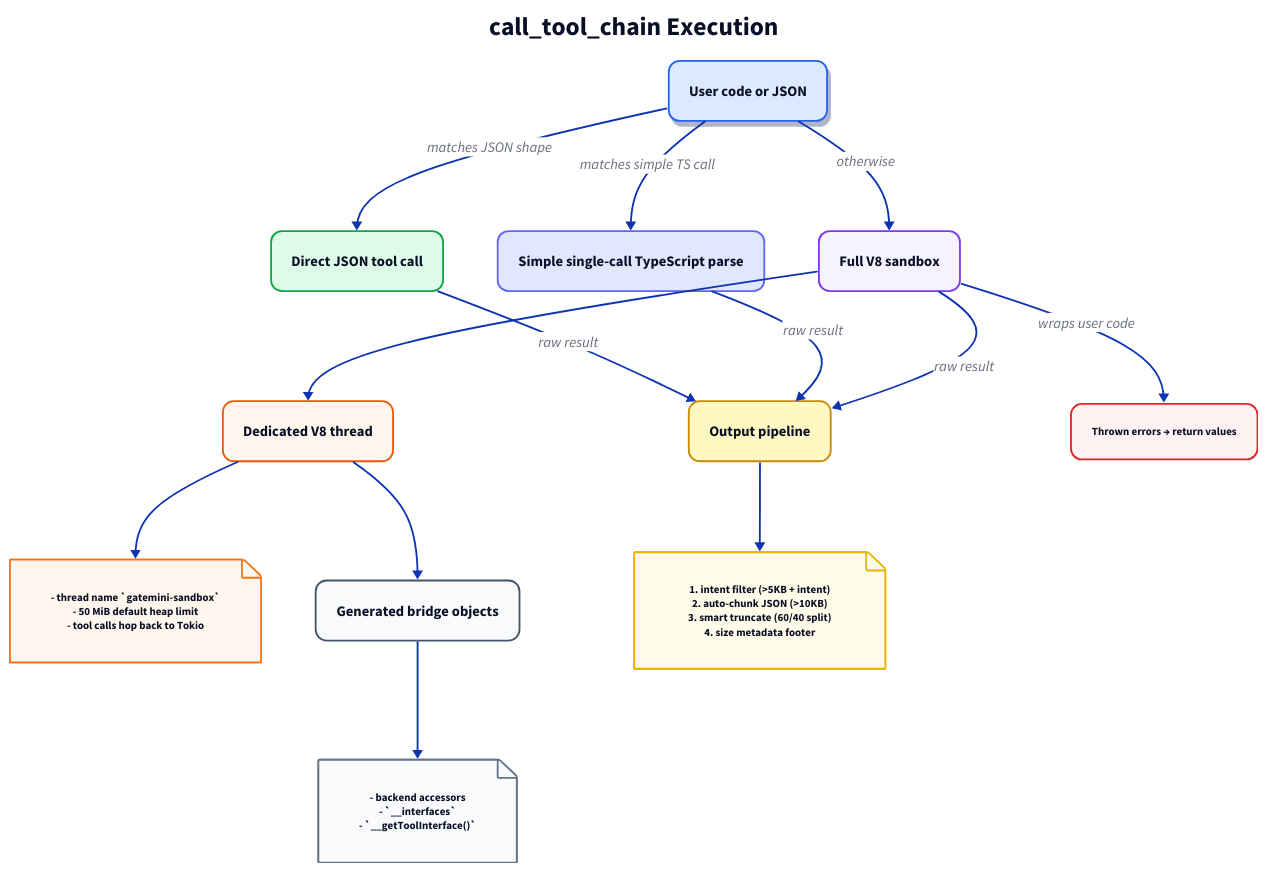
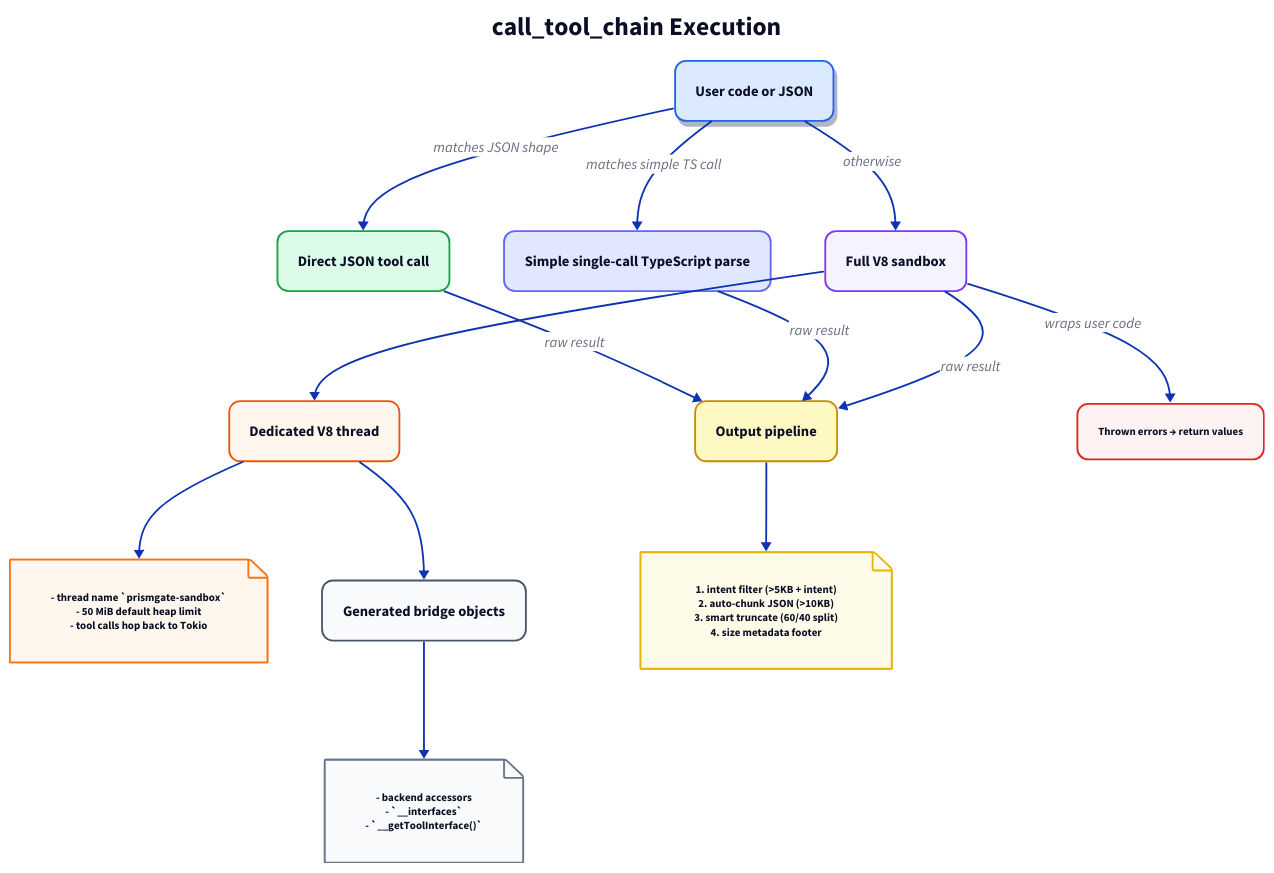
Before and after one commit to jonwraymond/PrismGate: the diagram in docs/diagrams/sandbox-execution.d2, drawn with D2. The commit also changed 99 other files, not shown here.

First line of the commit message:
chore: rebrand remaining gatemini surfaces to prismgate

```diff
--- a/docs/diagrams/sandbox-execution.d2
+++ b/docs/diagrams/sandbox-execution.d2
@@ -1,109 +1,109 @@
 direction: down
 
 title: call_tool_chain Execution {
   shape: text
   near: top-center
   style.font-size: 28
   style.bold: true
 }
 
 input: User code or JSON {
   style.fill: "#DBEAFE"
   style.stroke: "#2563EB"
   style.border-radius: 12
   style.shadow: true
 }
 
 tier1: Tier 1 {
   label: "Direct JSON tool call"
   style.fill: "#DCFCE7"
   style.stroke: "#16A34A"
   style.border-radius: 12
 }
 
 tier2: Tier 2 {
   label: "Simple single-call TypeScript parse"
   style.fill: "#E0E7FF"
   style.stroke: "#6366F1"
   style.border-radius: 12
 }
 
 tier3: Tier 3 {
   label: "Full V8 sandbox"
   style.fill: "#F5F3FF"
   style.stroke: "#7C3AED"
   style.border-radius: 12
 }
 
 bridge: Dedicated V8 thread {
   style.fill: "#FFF7ED"
   style.stroke: "#EA580C"
   style.border-radius: 12
 }
 
 bridge_note: |md
-  - thread name `gatemini-sandbox`
+  - thread name `prismgate-sandbox`
   - 50 MiB default heap limit
   - tool calls hop back to Tokio
 | {
   shape: page
   style.fill: "#FFF7ED"
   style.stroke: "#F97316"
   style.font-size: 12
 }
 
 introspection: Generated bridge objects {
   style.fill: "#F8FAFC"
   style.stroke: "#475569"
   style.border-radius: 12
 }
 
 introspection_note: |md
   - backend accessors
   - `__interfaces`
   - `__getToolInterface()`
 | {
   shape: page
   style.fill: "#F8FAFC"
   style.stroke: "#64748B"
   style.font-size: 12
 }
 
 output: Output pipeline {
   style.fill: "#FEF9C3"
   style.stroke: "#CA8A04"
   style.border-radius: 12
 }
 
 output_detail: |md
   1. intent filter (>5KB + intent)
   2. auto-chunk JSON (>10KB)
   3. smart truncate (60/40 split)
   4. size metadata footer
 | {
   shape: page
   style.fill: "#FEFCE8"
   style.stroke: "#EAB308"
   style.font-size: 12
 }
 
 trycatch: try/catch wrapper {
   label: "Thrown errors → return values"
   style.fill: "#FEF2F2"
   style.stroke: "#DC2626"
   style.border-radius: 12
   style.font-size: 12
 }
 
 input -> tier1: matches JSON shape
 input -> tier2: matches simple TS call
 input -> tier3: otherwise
 tier3 -> bridge
 tier3 -> trycatch: wraps user code
 bridge -> bridge_note
 bridge -> introspection
 introspection -> introspection_note
 tier1 -> output: raw result
 tier2 -> output: raw result
 tier3 -> output: raw result
 output -> output_detail
```
